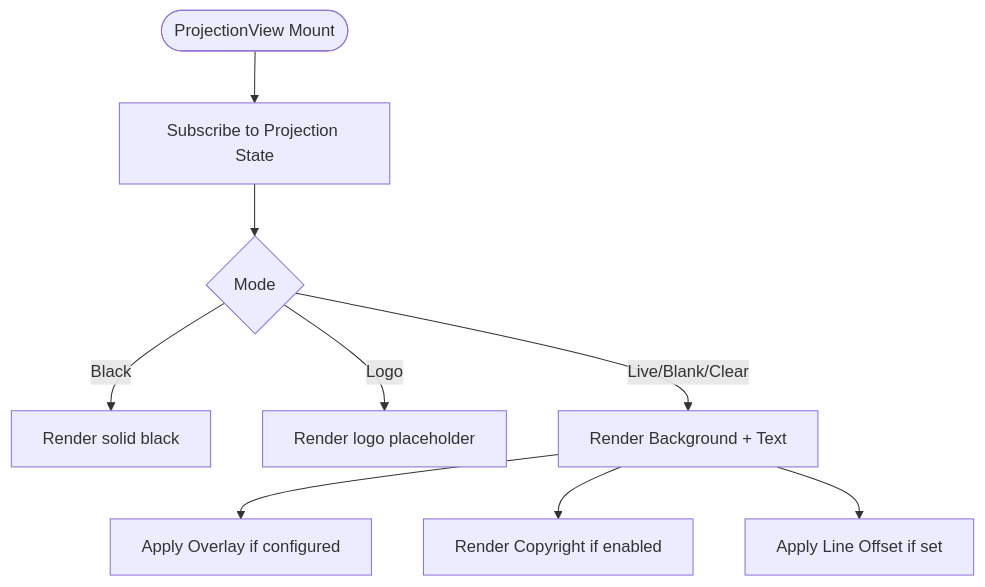
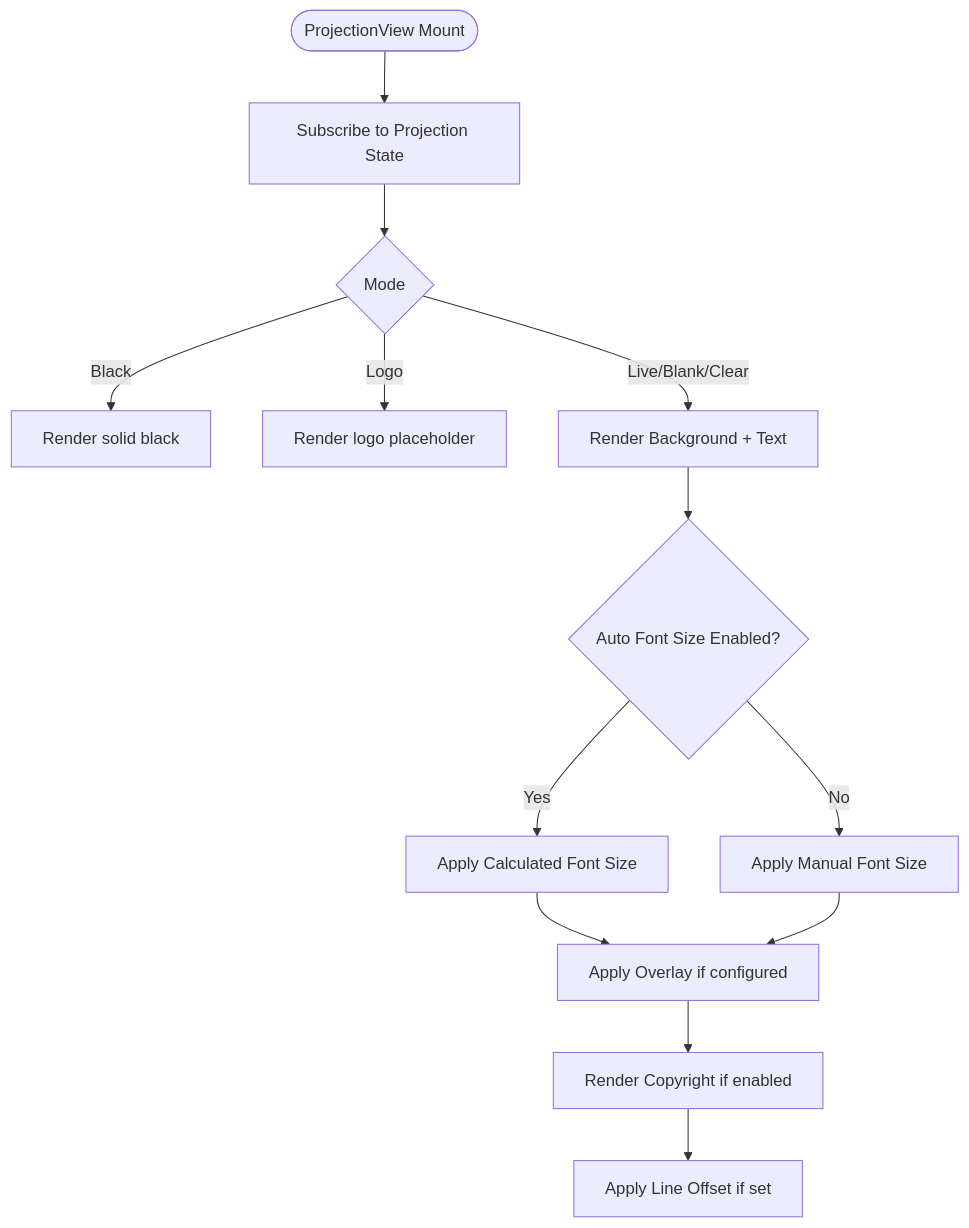
Before and after one commit to jimmywyk/lyricdeck: the fourth of 5 diagrams in .qoder/repowiki/en/content/User Interface Components/Presentation Controls Component.md, drawn with Mermaid. The commit also changed other lines of this file and 4 other files, not shown here.

````diff
--- a/.qoder/repowiki/en/content/User Interface Components/Presentation Controls Component.md
+++ b/.qoder/repowiki/en/content/User Interface Components/Presentation Controls Component.md
@@ -188,11 +228,15 @@
 ```mermaid
 flowchart TD
 Init(["ProjectionView Mount"]) --> Subscribe["Subscribe to Projection State"]
 Subscribe --> ModeCheck{"Mode"}
 ModeCheck --> |Black| BlackScreen["Render solid black"]
 ModeCheck --> |Logo| LogoScreen["Render logo placeholder"]
 ModeCheck --> |Live/Blank/Clear| Content["Render Background + Text"]
-Content --> Overlay["Apply Overlay if configured"]
-Content --> Copyright["Render Copyright if enabled"]
-Content --> LineOffset["Apply Line Offset if set"]
+Content --> AutoSizeCheck{"Auto Font Size Enabled?"}
+AutoSizeCheck --> |Yes| ApplyAutoSize["Apply Calculated Font Size"]
+AutoSizeCheck --> |No| ApplyManualSize["Apply Manual Font Size"]
+ApplyAutoSize --> Overlay["Apply Overlay if configured"]
+ApplyManualSize --> Overlay
+Overlay --> Copyright["Render Copyright if enabled"]
+Copyright --> LineOffset["Apply Line Offset if set"]
 ```
````
